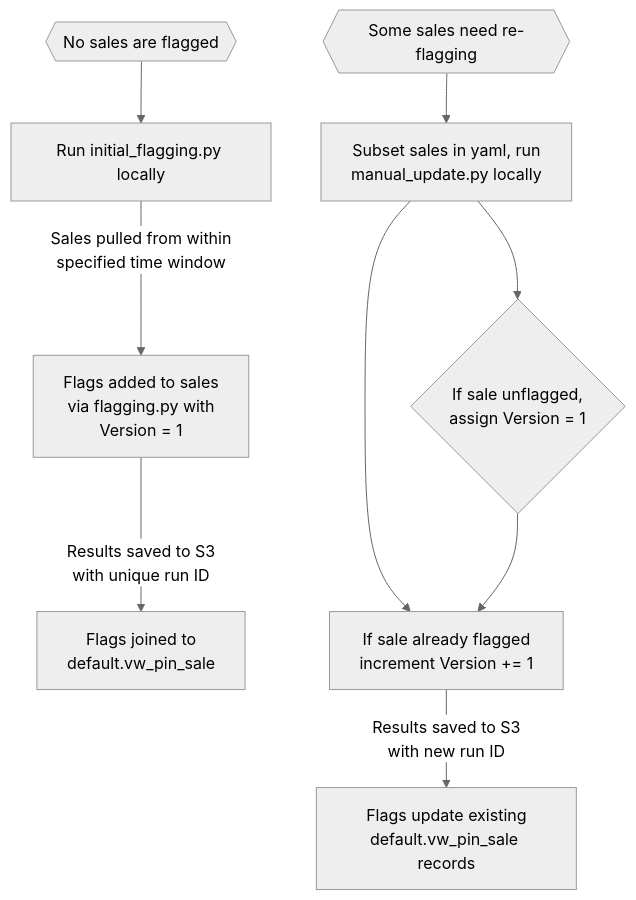
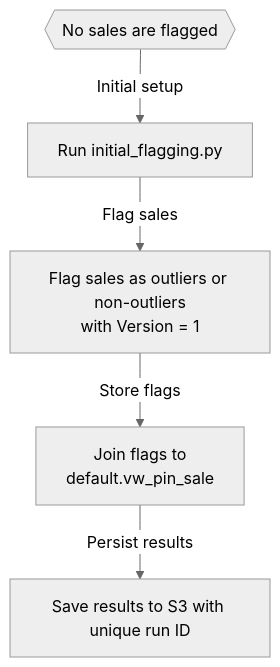
The first of 5 diagrams in README.md (ccao-data/model-sales-val), drawn with Mermaid (neutral theme) before and after one commit. The commit also changed other lines of this file, not shown here.

Commit message:
Rework different flagging script diagrams

````diff
--- a/README.md
+++ b/README.md
@@ -32,26 +34,13 @@
 ```mermaid
 graph TD
+    A{{"No sales are flagged"}}
+    B[Run initial_flagging.py]
+    C[Flag sales as outliers or non-outliers<br>with Version = 1]
+    D[Join flags to<br>default.vw_pin_sale]
+    E[Save results to S3 with unique run ID]
 
-    A{{No sales are flagged}}
-    B[Run initial_flagging.py locally]
-
-    C[Flags added to sales<br>via flagging.py with<br>Version = 1]
-    D[Flags joined to<br>default.vw_pin_sale]
-
-    A --> B
-    B -- Sales pulled from within<br>specified time window --> C
-    C -- Results saved to S3<br>with unique run ID --> D
-
-    E{{Some sales need re-flagging}}
-    F[Subset sales in yaml, run<br>manual_update.py locally]
-    G[If sale already flagged<br>increment Version += 1]
-    H{If sale unflagged,<br>assign Version = 1}
-    I[Flags update existing<br>default.vw_pin_sale records]
-
-    E --> F
-    F --> G
-    F --> H
-    H --> G
-    G -- Results saved to S3<br>with new run ID --> I
-
+    A -->|Initial setup| B
+    B -->|Flag sales| C
+    C -->|Store flags| D
+    D -->|Persist results| E
 ```
````
